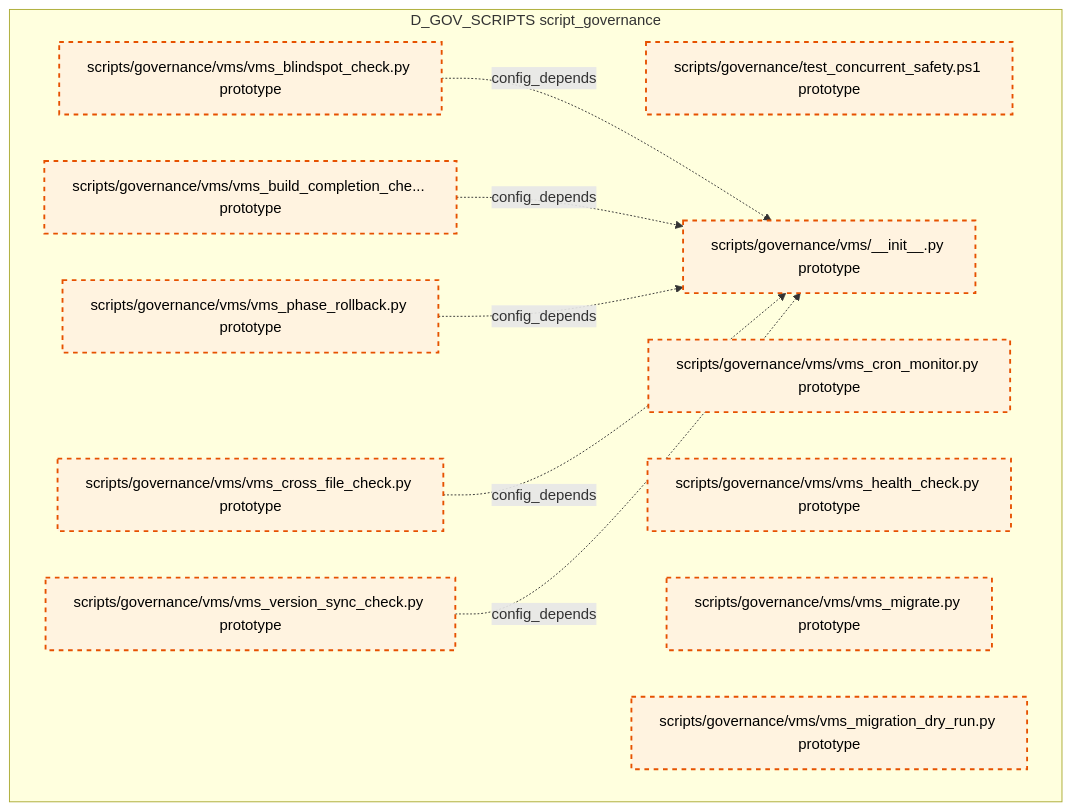
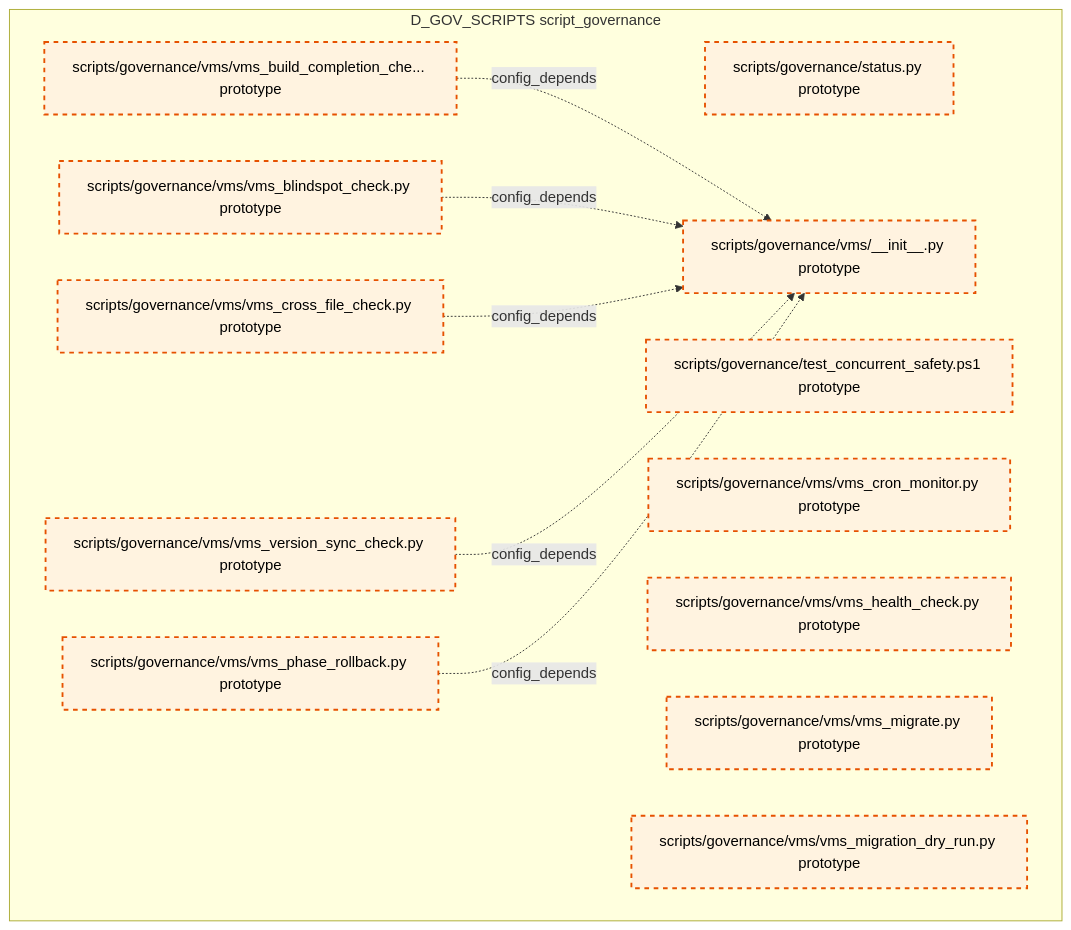
One commit to xuanFelixVan/ZephyrAlpha changed diagram 15 of 15 in docs/02_enterprise_architecture/02_domain_architecture_docs/36_d_gov_scripts.md. Above: the diagram before and after it, drawn with Mermaid. The commit also changed other lines of this file and 99 other files, not shown here.

````diff
--- a/docs/02_enterprise_architecture/02_domain_architecture_docs/36_d_gov_scripts.md
+++ b/docs/02_enterprise_architecture/02_domain_architecture_docs/36_d_gov_scripts.md
@@ -1011,26 +1016,27 @@
 ```mermaid
 graph TD
     subgraph D_GOV_SCRIPTS["D_GOV_SCRIPTS script_governance"]
+        scripts_governance_status_py["scripts/governance/status.py prototype"]
         scripts_governance_test_concurrent_safety_ps1["scripts/governance/test_concurrent_safety.ps1 prototype"]
         scripts_governance_vms_init_py["scripts/governance/vms/__init__.py prototype"]
         scripts_governance_vms_vms_blindspot_check_py["scripts/governance/vms/vms_blindspot_check.py prototype"]
         scripts_governance_vms_vms_build_completion_check_py["scripts/governance/vms/vms_build_completion_che... prototype"]
         scripts_governance_vms_vms_cron_monitor_py["scripts/governance/vms/vms_cron_monitor.py prototype"]
         scripts_governance_vms_vms_cross_file_check_py["scripts/governance/vms/vms_cross_file_check.py prototype"]
         scripts_governance_vms_vms_health_check_py["scripts/governance/vms/vms_health_check.py prototype"]
         scripts_governance_vms_vms_migrate_py["scripts/governance/vms/vms_migrate.py prototype"]
         scripts_governance_vms_vms_migration_dry_run_py["scripts/governance/vms/vms_migration_dry_run.py prototype"]
         scripts_governance_vms_vms_phase_rollback_py["scripts/governance/vms/vms_phase_rollback.py prototype"]
         scripts_governance_vms_vms_version_sync_check_py["scripts/governance/vms/vms_version_sync_check.py prototype"]
     end
+    scripts_governance_vms_vms_build_completion_check_py -.->|config_depends| scripts_governance_vms_init_py
     scripts_governance_vms_vms_blindspot_check_py -.->|config_depends| scripts_governance_vms_init_py
-    scripts_governance_vms_vms_build_completion_check_py -.->|config_depends| scripts_governance_vms_init_py
-    scripts_governance_vms_vms_phase_rollback_py -.->|config_depends| scripts_governance_vms_init_py
     scripts_governance_vms_vms_cross_file_check_py -.->|config_depends| scripts_governance_vms_init_py
     scripts_governance_vms_vms_version_sync_check_py -.->|config_depends| scripts_governance_vms_init_py
+    scripts_governance_vms_vms_phase_rollback_py -.->|config_depends| scripts_governance_vms_init_py
     classDef production fill:#e1f5fe,stroke:#01579b,stroke-width:2px,color:#000
     classDef design fill:#fff3e0,stroke:#e65100,stroke-width:2px,color:#000,stroke-dasharray: 5 5
     classDef external_prod fill:#e8f5e9,stroke:#1b5e20,stroke-width:1px,color:#000
     classDef external_design fill:#fce4ec,stroke:#880e4f,stroke-width:1px,color:#000,stroke-dasharray: 5 5
-    class scripts_governance_test_concurrent_safety_ps1,scripts_governance_vms_init_py,scripts_governance_vms_vms_blindspot_check_py,scripts_governance_vms_vms_build_completion_check_py,scripts_governance_vms_vms_cron_monitor_py,scripts_governance_vms_vms_cross_file_check_py,scripts_governance_vms_vms_health_check_py,scripts_governance_vms_vms_migrate_py,scripts_governance_vms_vms_migration_dry_run_py,scripts_governance_vms_vms_phase_rollback_py,scripts_governance_vms_vms_version_sync_check_py design
+    class scripts_governance_status_py,scripts_governance_test_concurrent_safety_ps1,scripts_governance_vms_init_py,scripts_governance_vms_vms_blindspot_check_py,scripts_governance_vms_vms_build_completion_check_py,scripts_governance_vms_vms_cron_monitor_py,scripts_governance_vms_vms_cross_file_check_py,scripts_governance_vms_vms_health_check_py,scripts_governance_vms_vms_migrate_py,scripts_governance_vms_vms_migration_dry_run_py,scripts_governance_vms_vms_phase_rollback_py,scripts_governance_vms_vms_version_sync_check_py design
 ```
````
